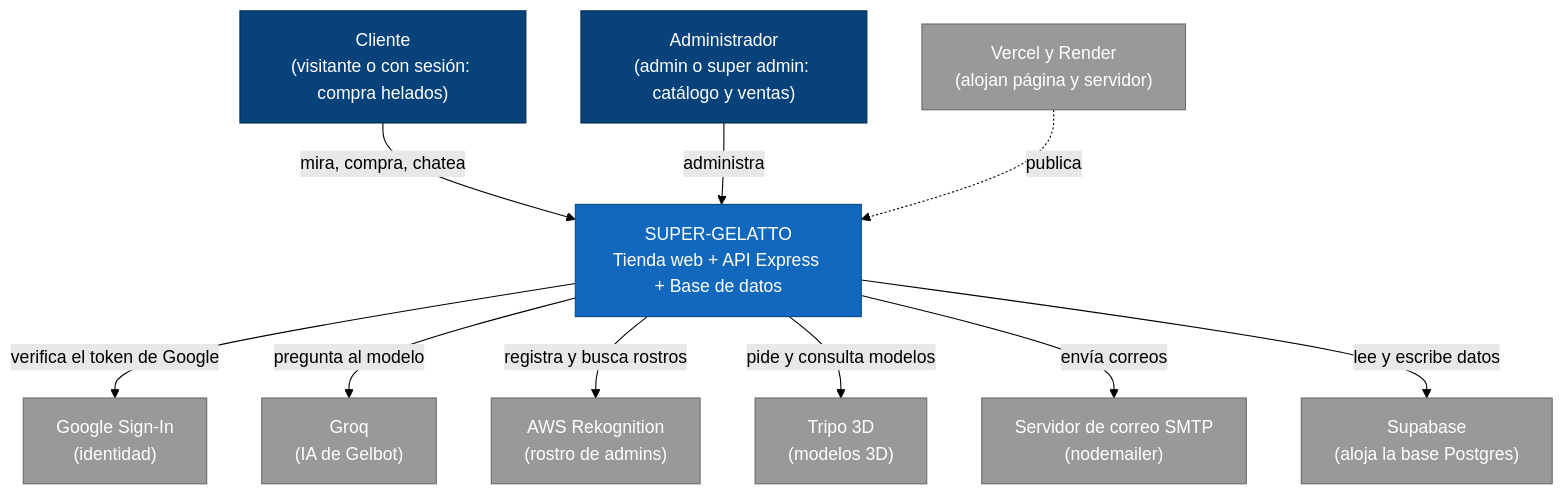
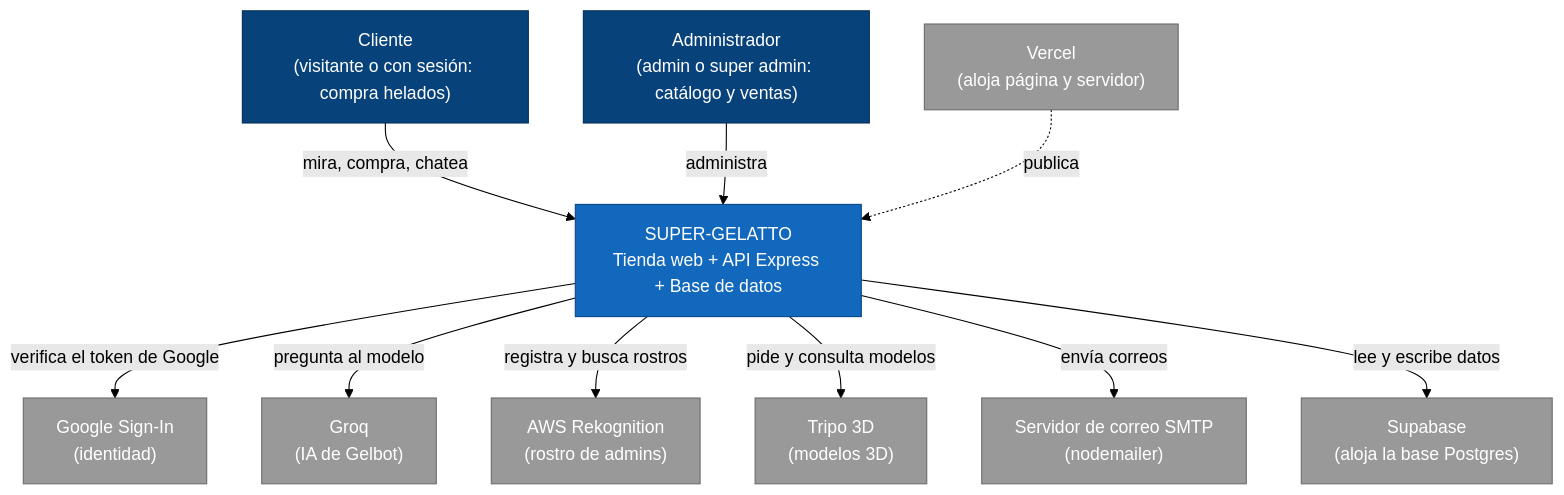
One commit to cristian-0023/SUPER-GELATTO changed the diagram in docs/arquitectura/02-contexto.md. Above: the diagram before and after it, drawn with Mermaid (forest theme). The commit also changed other lines of this file and 7 other files, not shown here.

First line of the commit message:
chore: apuntar la página al servidor en Vercel y agregar despertador diario /api/health

````diff
--- a/docs/arquitectura/02-contexto.md
+++ b/docs/arquitectura/02-contexto.md
@@ -13,29 +13,29 @@
 ```mermaid
 flowchart TB
   classDef persona fill:#08427b,stroke:#052e56,color:#fff
   classDef sistema fill:#1168bd,stroke:#0b4884,color:#fff
   classDef externo fill:#999999,stroke:#6b6b6b,color:#fff
 
   V["Cliente<br/>(visitante o con sesión: compra helados)"]:::persona
   A["Administrador<br/>(admin o super admin: catálogo y ventas)"]:::persona
 
   SG["SUPER-GELATTO<br/>Tienda web + API Express + Base de datos"]:::sistema
 
   G["Google Sign-In<br/>(identidad)"]:::externo
   Q["Groq<br/>(IA de Gelbot)"]:::externo
   R["AWS Rekognition<br/>(rostro de admins)"]:::externo
   T["Tripo 3D<br/>(modelos 3D)"]:::externo
   M["Servidor de correo SMTP<br/>(nodemailer)"]:::externo
   S["Supabase<br/>(aloja la base Postgres)"]:::externo
-  H["Vercel y Render<br/>(alojan página y servidor)"]:::externo
+  H["Vercel<br/>(aloja página y servidor)"]:::externo
 
   V -->|"mira, compra, chatea"| SG
   A -->|"administra"| SG
   SG -->|"verifica el token de Google"| G
   SG -->|"pregunta al modelo"| Q
   SG -->|"registra y busca rostros"| R
   SG -->|"pide y consulta modelos"| T
   SG -->|"envía correos"| M
   SG -->|"lee y escribe datos"| S
   H -.->|"publica"| SG
 ```
````
